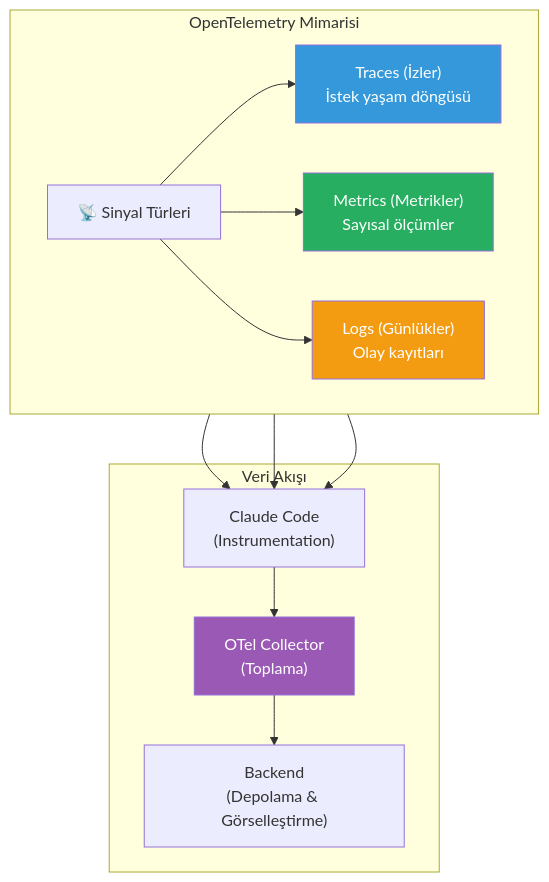
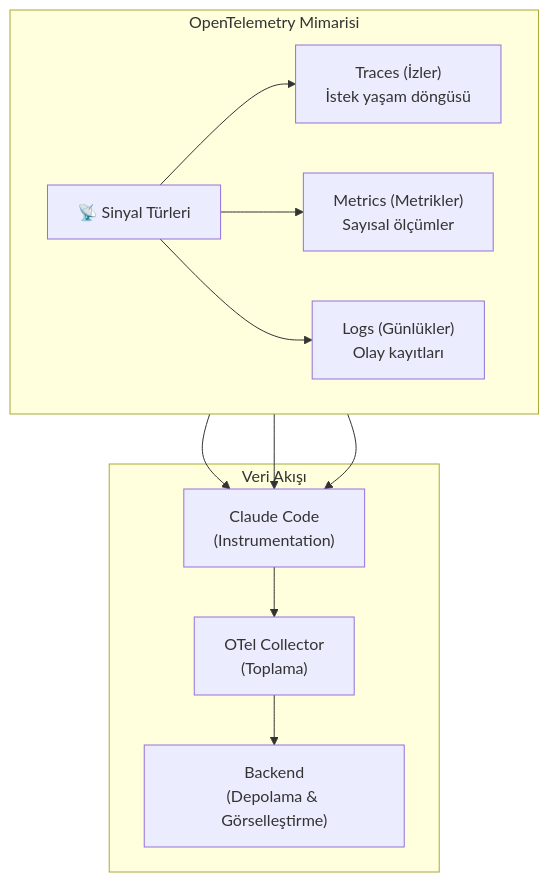
Before and after one commit to IzzetYasinAtes/ClaudeCodeHandbook: the first of 3 diagrams in 18-kurumsal-kullanim/03-izleme-ve-opentelemetry.md, drawn with Mermaid. The commit also changed other lines of this file and 97 other files, not shown here.

Commit message:
Remove all custom Mermaid style/fill colors from 98 markdown files for consistent dark theme rendering

````diff
--- a/18-kurumsal-kullanim/03-izleme-ve-opentelemetry.md
+++ b/18-kurumsal-kullanim/03-izleme-ve-opentelemetry.md
@@ -18,28 +18,24 @@
 ```mermaid
 flowchart TD
     subgraph otel ["OpenTelemetry Mimarisi"]
         direction LR
         SIGNALS["📡 Sinyal Türleri"]
         TRACES["Traces (İzler)<br/>İstek yaşam döngüsü"]
         METRICS["Metrics (Metrikler)<br/>Sayısal ölçümler"]
         LOGS["Logs (Günlükler)<br/>Olay kayıtları"]
     end
 
     SIGNALS --> TRACES
     SIGNALS --> METRICS
     SIGNALS --> LOGS
 
     subgraph pipeline ["Veri Akışı"]
         CC["Claude Code<br/>(Instrumentation)"] --> COLLECTOR["OTel Collector<br/>(Toplama)"]
         COLLECTOR --> BACKEND["Backend<br/>(Depolama & Görselleştirme)"]
     end
 
     TRACES --> CC
     METRICS --> CC
     LOGS --> CC
 
-    style TRACES fill:#3498DB,color:#fff
-    style METRICS fill:#27AE60,color:#fff
-    style LOGS fill:#F39C12,color:#fff
-    style COLLECTOR fill:#9B59B6,color:#fff
 ```
````
